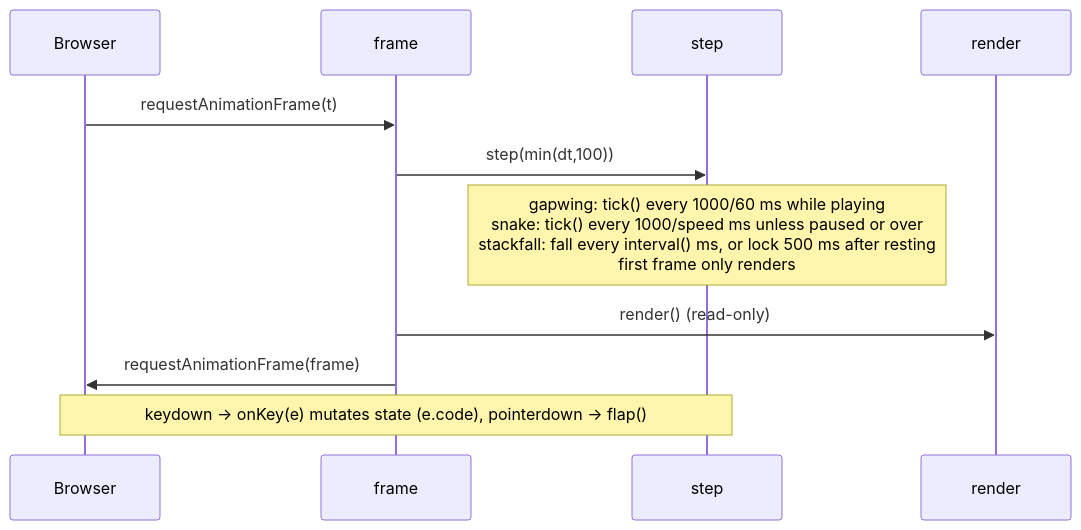
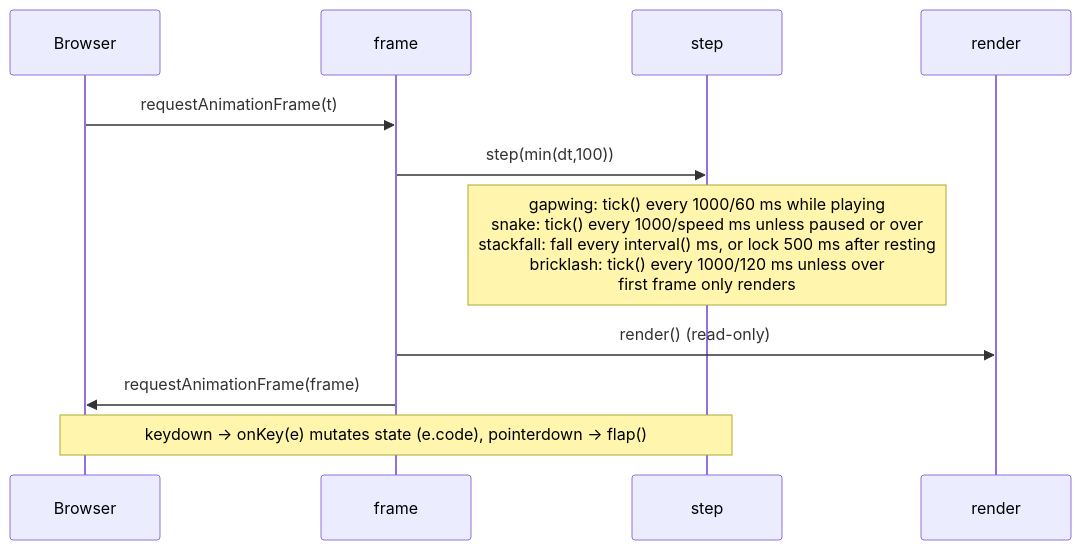
Before and after one commit to KPharcos/retro-games: the second of 3 diagrams in docs/CODEBASE_MAP.md, drawn with Mermaid. The commit also changed other lines of this file, not shown here.

Commit message:
Refresh codebase map for Bricklash

````diff
--- a/docs/CODEBASE_MAP.md
+++ b/docs/CODEBASE_MAP.md
@@ -344,13 +344,13 @@
 ```mermaid
 sequenceDiagram
     participant Browser
     participant frame
     participant step
     participant render
     Browser->>frame: requestAnimationFrame(t)
     frame->>step: step(min(dt,100))
-    Note over step: gapwing: tick() every 1000/60 ms while playing<br/>snake: tick() every 1000/speed ms unless paused or over<br/>stackfall: fall every interval() ms, or lock 500 ms after resting<br/>first frame only renders
+    Note over step: gapwing: tick() every 1000/60 ms while playing<br/>snake: tick() every 1000/speed ms unless paused or over<br/>stackfall: fall every interval() ms, or lock 500 ms after resting<br/>bricklash: tick() every 1000/120 ms unless over<br/>first frame only renders
     frame->>render: render() (read-only)
     frame->>Browser: requestAnimationFrame(frame)
     Note over Browser,step: keydown → onKey(e) mutates state (e.code), pointerdown → flap()
 ```
````
